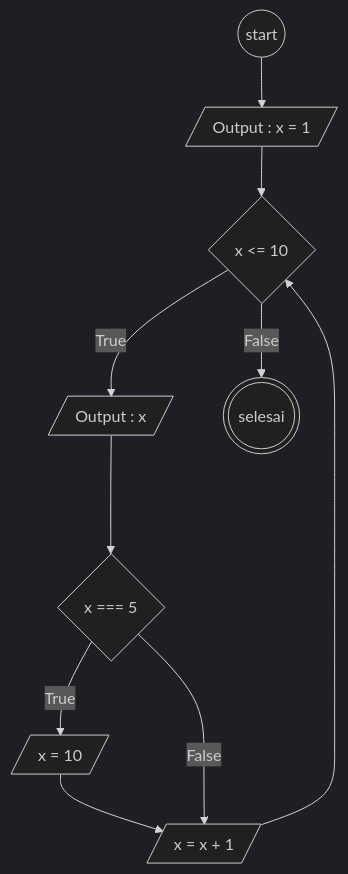
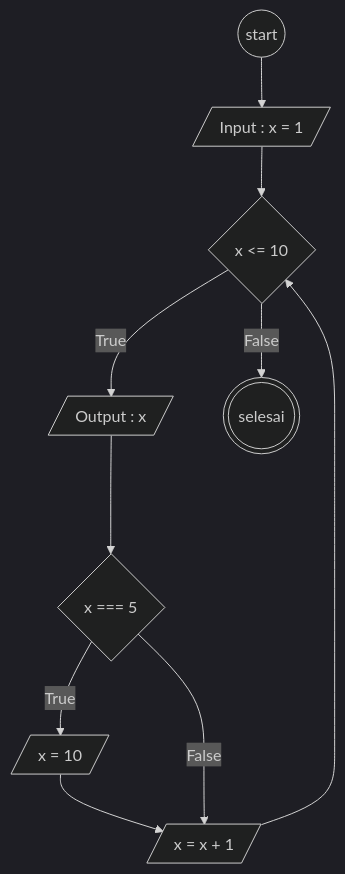
Before and after one commit to adityabastyas/koda-b6-javascript1: the diagram in flowchart-loop.md, drawn with Mermaid (dark theme).

Commit message:
Update flowchart labels from 'Output' to 'Input'

````diff
--- a/flowchart-loop.md
+++ b/flowchart-loop.md
@@ -5,22 +5,22 @@
 ```mermaid
 flowchart TB
   start@{shape: circle}
-  inisialState@{shape: lean-r, label : 'Output : x = 1'}
+  inisialState@{shape: lean-r, label : 'Input : x = 1'}
   condition@{shape: diamond, label : 'x <= 10'}
   log@{shape: lean-r, label : 'Output : x'}
   contitionIf@{shape: diamond, label: 'x === 5'}
   x10@{shape: lean-r, label: 'x = 10'}
   update@{shape: lean-r, label: 'x = x + 1'}
 
 
   selesai@{shape: dbl-circ, label, 'selesai'}
 
   start --> inisialState
   inisialState --> condition
   condition --True--> log
   condition --False-->selesai
   log ---> contitionIf
   contitionIf --True--> x10 --> update
   update --> condition
   contitionIf --False-->update
 ```
````
